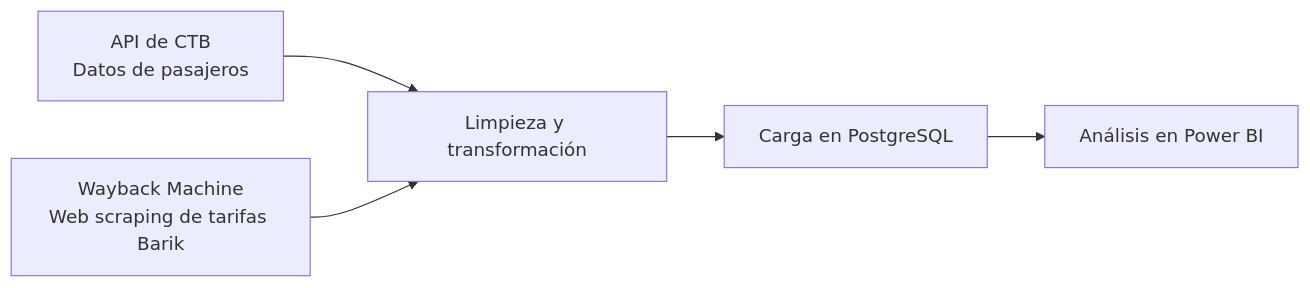
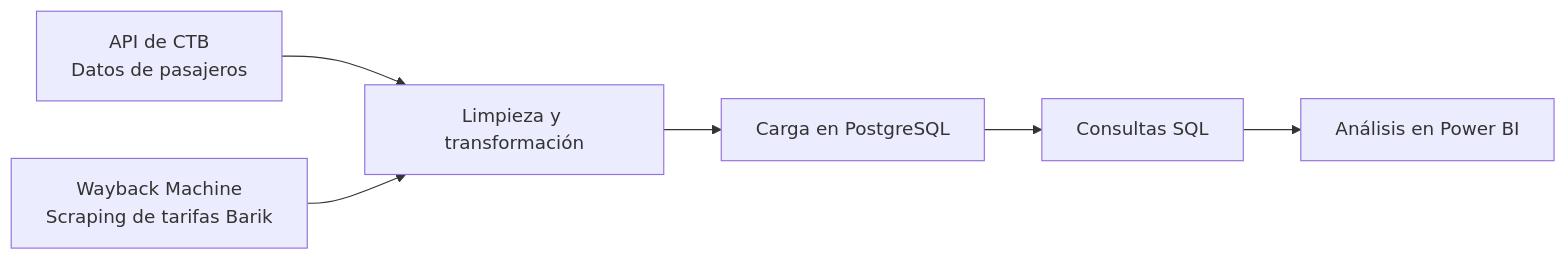
One commit to garciajon2302-cmd/End_to_End_project_transportes_bizkaia changed the diagram in README.md. Above: the diagram before and after it, drawn with Mermaid. The commit also changed other lines of this file, not shown here.

````diff
--- a/README.md
+++ b/README.md
@@ -7,7 +7,8 @@
 ```mermaid
 flowchart LR
     A[API de CTB<br/>Datos de pasajeros] --> C[Limpieza y transformación]
-    B[Wayback Machine<br/>Web scraping de tarifas Barik] --> C
+    B[Wayback Machine<br/>Scraping de tarifas Barik] --> C
     C --> D[Carga en PostgreSQL]
-    D --> E[Análisis en Power BI]
+    D --> E[Consultas SQL]
+    E --> F[Análisis en Power BI]
 ```
````
